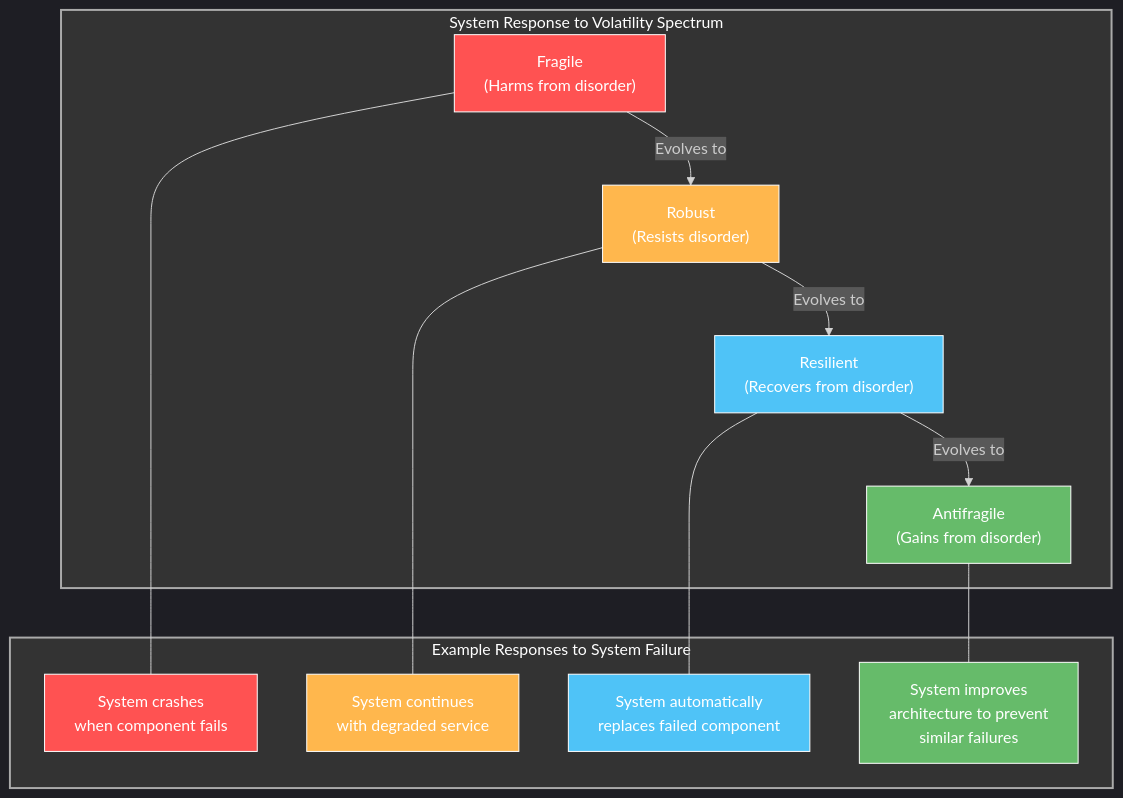
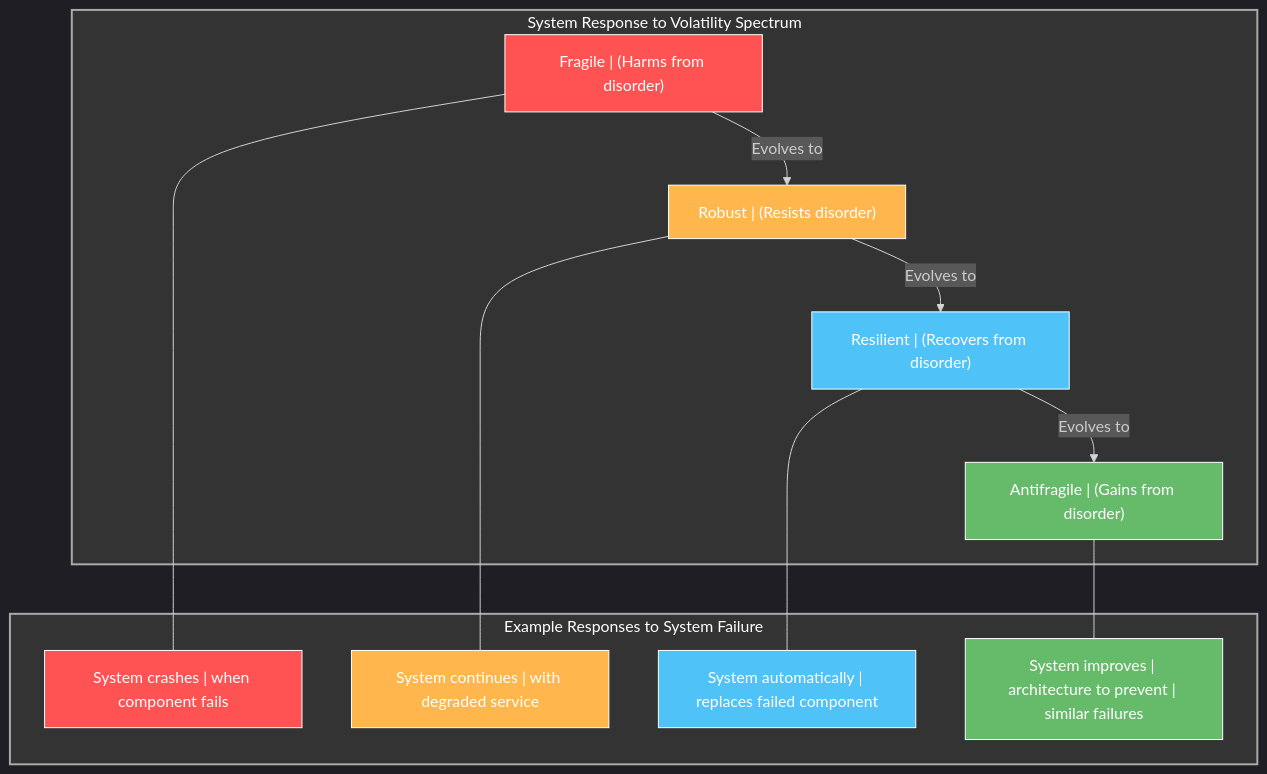
The first of 12 diagrams in 06 Fidelity framework Beyond Resilience.md (houstonhaynes/AD4SDocs), drawn with Mermaid before and after one commit. The commit also changed other lines of this file and 4 other files, not shown here.

Commit message:
Fix mermaid diagrams

````diff
--- a/06 Fidelity framework Beyond Resilience.md
+++ b/06 Fidelity framework Beyond Resilience.md
@@ -9,37 +9,37 @@
 ```mermaid
 %%{init: {'theme': 'dark', 'themeVariables': { 'primaryColor': '#242424', 'primaryTextColor': '#fff', 'primaryBorderColor': '#888', 'lineColor': '#d3d3d3', 'secondaryColor': '#2b2b2b', 'tertiaryColor': '#333' }}}%%
 flowchart TD
     subgraph FragilitySpectrum["System Response to Volatility Spectrum"]
-        Fragile["Fragile\n(Harms from disorder)"]
-        Robust["Robust\n(Resists disorder)"]
-        Resilient["Resilient\n(Recovers from disorder)"]
-        Antifragile["Antifragile\n(Gains from disorder)"]
+        Fragile["Fragile | (Harms from disorder)"]
+        Robust["Robust | (Resists disorder)"]
+        Resilient["Resilient | (Recovers from disorder)"]
+        Antifragile["Antifragile | (Gains from disorder)"]
     end
 
     Fragile -->|Evolves to| Robust
     Robust -->|Evolves to| Resilient
     Resilient -->|Evolves to| Antifragile
     
     subgraph Example["Example Responses to System Failure"]
-        FE["System crashes\nwhen component fails"]
-        RE["System continues\nwith degraded service"]
-        RL["System automatically\nreplaces failed component"]
-        AF["System improves\narchitecture to prevent\nsimilar failures"]
+        FE["System crashes | when component fails"]
+        RE["System continues | with degraded service"]
+        RL["System automatically | replaces failed component"]
+        AF["System improves | architecture to prevent | similar failures"]
     end
     
     Fragile --- FE
     Robust --- RE
     Resilient --- RL
     Antifragile --- AF
     
     style FragilitySpectrum fill:#333,stroke:#aaa,stroke-width:2px,color:#fff
     style Example fill:#333,stroke:#aaa,stroke-width:2px,color:#fff
     style Fragile fill:#FF5252,stroke:#fff,stroke-width:1px,color:#fff
     style Robust fill:#FFB74D,stroke:#fff,stroke-width:1px,color:#fff
     style Resilient fill:#4FC3F7,stroke:#fff,stroke-width:1px,color:#fff
     style Antifragile fill:#66BB6A,stroke:#fff,stroke-width:1px,color:#fff
     style FE fill:#FF5252,stroke:#fff,stroke-width:1px,color:#fff
     style RE fill:#FFB74D,stroke:#fff,stroke-width:1px,color:#fff
     style RL fill:#4FC3F7,stroke:#fff,stroke-width:1px,color:#fff
     style AF fill:#66BB6A,stroke:#fff,stroke-width:1px,color:#fff
 ```
````
